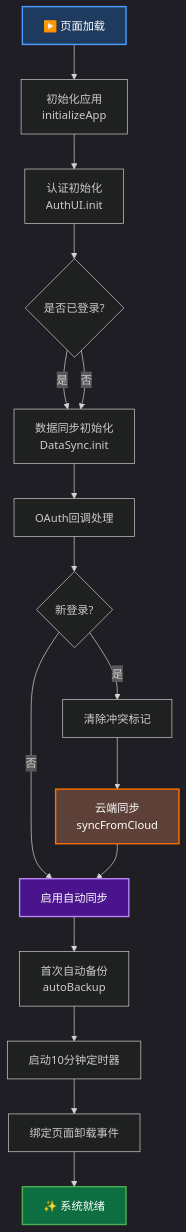
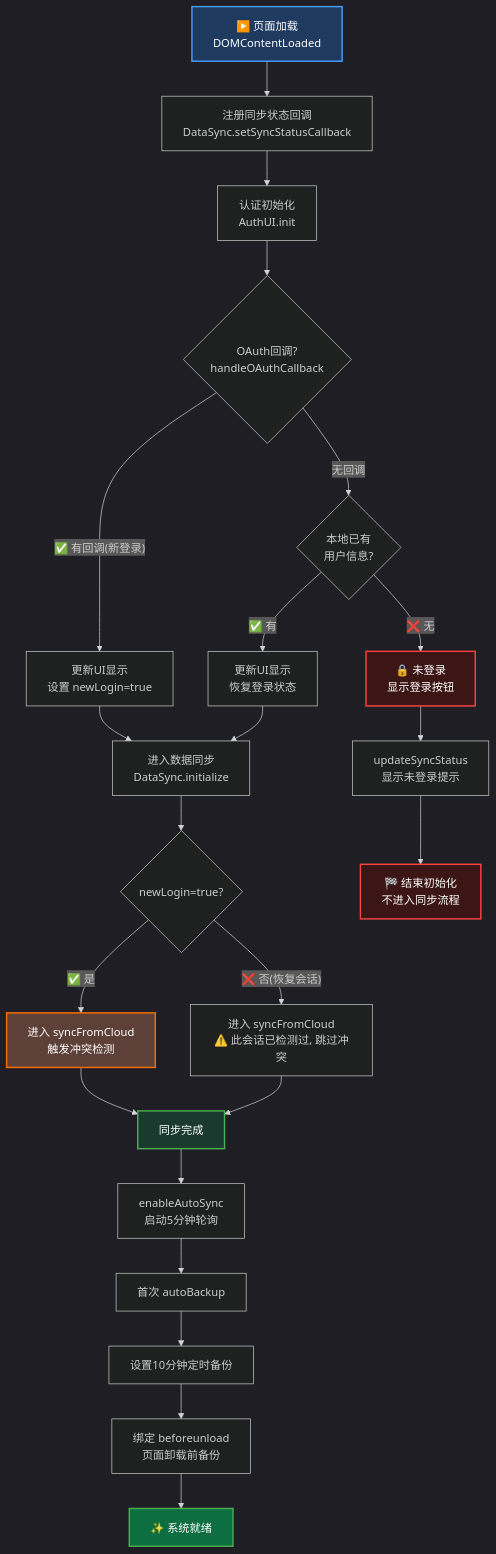
One commit to Fuck996/yanyu_tools changed the first of 4 diagrams in doc/FLOWCHART_DIAGRAMS.md. Above: the diagram before and after it, drawn with Mermaid. The commit also changed other lines of this file, not shown here.

First line of the commit message:
修正流程图：初始化流程、syncFromCloud决策树、冲突标记生命周期

````diff
--- a/doc/FLOWCHART_DIAGRAMS.md
+++ b/doc/FLOWCHART_DIAGRAMS.md
@@ -31,28 +31,38 @@
 ```mermaid
 %%{init: {'theme':'dark'}}%%
 graph TD
-    A["▶️ 页面加载"] --> B["初始化应用<br/>initializeApp"]
+    A["▶️ 页面加载<br/>DOMContentLoaded"] --> B["注册同步状态回调<br/>DataSync.setSyncStatusCallback"]
     B --> C["认证初始化<br/>AuthUI.init"]
-    C --> D{是否已登录?}
-    
-    D -->|是| E["数据同步初始化<br/>DataSync.init"]
-    D -->|否| E
-    
-    E --> F["OAuth回调处理"]
-    F --> G{新登录?}
-    
-    G -->|是| G1["清除冲突标记"]
-    G1 --> G2["云端同步<br/>syncFromCloud"]
-    G -->|否| E1["启用自动同步"]
-    G2 --> E1
-    
-    E1 --> H["首次自动备份<br/>autoBackup"]
-    H --> I["启动10分钟定时器"]
-    I --> J["绑定页面卸载事件"]
-    J --> K["✨ 系统就绪"]
-    
+
+    C --> D{OAuth回调?<br/>handleOAuthCallback}
+    D -->|"✅ 有回调(新登录)"| E["更新UI显示<br/>设置 newLogin=true"]
+    D -->|"无回调"| F{本地已有<br/>用户信息?}
+
+    F -->|"✅ 有"| G["更新UI显示<br/>恢复登录状态"]
+    F -->|"❌ 无"| H["🔒 未登录<br/>显示登录按钮"]
+    H --> H1["updateSyncStatus<br/>显示未登录提示"]
+    H1 --> END["🏁 结束初始化<br/>不进入同步流程"]
+
+    E --> SYNC_START["进入数据同步<br/>DataSync.initialize"]
+    G --> SYNC_START
+
+    SYNC_START --> I{newLogin=true?}
+    I -->|"✅ 是"| J["进入 syncFromCloud<br/>触发冲突检测"]
+    I -->|"❌ 否(恢复会话)"| K["进入 syncFromCloud<br/>⚠️ 此会话已检测过, 跳过冲突"]
+
+    J --> SYNC_DONE
+    K --> SYNC_DONE
+
+    SYNC_DONE["同步完成"] --> L["enableAutoSync<br/>启动5分钟轮询"]
+    L --> M["首次 autoBackup"]
+    M --> N["设置10分钟定时备份"]
+    N --> O["绑定 beforeunload<br/>页面卸载前备份"]
+    O --> P["✨ 系统就绪"]
+
     style A fill:#1e3a5f,stroke:#4a9eff,stroke-width:2px,color:#fff
-    style K fill:#0d6e41,stroke:#4caf50,stroke-width:2px,color:#fff
-    style G2 fill:#5d4037,stroke:#ff6f00,stroke-width:2px,color:#fff
-    style E1 fill:#4a148c,stroke:#bb86fc,stroke-width:2px,color:#fff
+    style H fill:#3c1515,stroke:#ff4444,stroke-width:2px,color:#fff
+    style END fill:#3c1515,stroke:#ff4444,stroke-width:2px,color:#fff
+    style SYNC_DONE fill:#1b3a2f,stroke:#4caf50,stroke-width:2px,color:#fff
+    style P fill:#0d6e41,stroke:#4caf50,stroke-width:2px,color:#fff
+    style J fill:#5d4037,stroke:#ff6f00,stroke-width:2px,color:#fff
 ```
````
